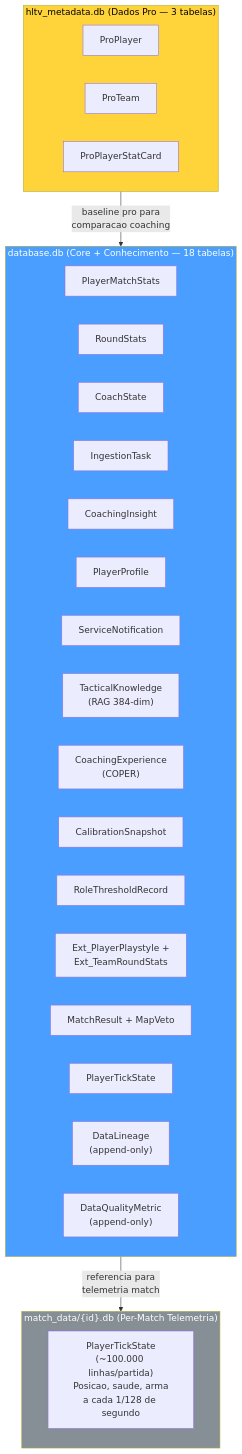
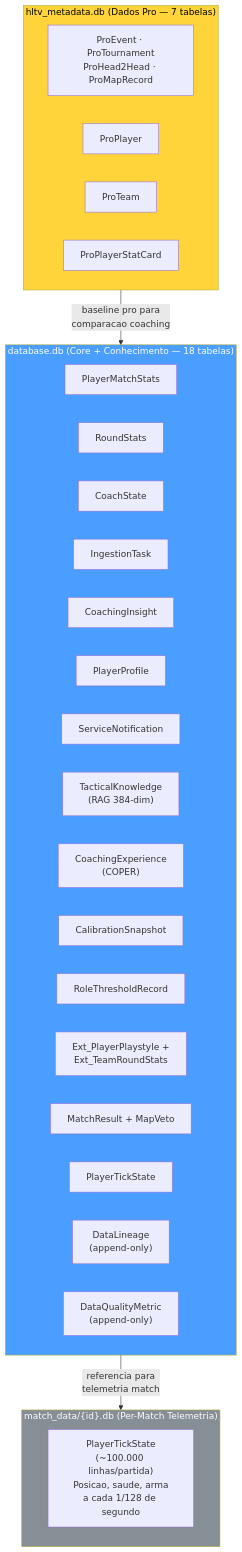
One commit to renanaugustomacena-ux/Counter-Strike-coach-AI changed the first of 52 diagrams in docs/books/Book-Coach-3-pt.md. Above: the diagram before and after it, drawn with Mermaid. The commit also changed other lines of this file and 36 other files, not shown here.

````diff
--- a/docs/books/Book-Coach-3-pt.md
+++ b/docs/books/Book-Coach-3-pt.md
@@ -67,34 +70,35 @@
 ```mermaid
 flowchart TB
     subgraph DB1["database.db (Core + Conhecimento — 18 tabelas)"]
         PMS_DB["PlayerMatchStats"]
         RS_DB["RoundStats"]
         CS_DB["CoachState"]
         IT_DB["IngestionTask"]
         CI_DB["CoachingInsight"]
         PP_DB["PlayerProfile"]
         SN_DB["ServiceNotification"]
         TK_DB["TacticalKnowledge<br/>(RAG 384-dim)"]
         CE_DB["CoachingExperience<br/>(COPER)"]
         CALIB["CalibrationSnapshot"]
         ROLE_TH["RoleThresholdRecord"]
         EXT_DB["Ext_PlayerPlaystyle +<br/>Ext_TeamRoundStats"]
         MATCH_DB["MatchResult + MapVeto"]
         PTS_DB["PlayerTickState"]
         DL_DB["DataLineage<br/>(append-only)"]
         DQM_DB["DataQualityMetric<br/>(append-only)"]
     end
-    subgraph DB2["hltv_metadata.db (Dados Pro — 3 tabelas)"]
+    subgraph DB2["hltv_metadata.db (Dados Pro — 7 tabelas)"]
+        EXT_HLTV["ProEvent · ProTournament<br/>ProHead2Head · ProMapRecord"]
         PRO_DB["ProPlayer"]
         TEAM_DB["ProTeam"]
         STAT_DB["ProPlayerStatCard"]
     end
     subgraph DB3["match_data/{id}.db (Per-Match Telemetria)"]
         PTS_MATCH["PlayerTickState<br/>(~100.000 linhas/partida)<br/>Posicao, saude, arma<br/>a cada 1/128 de segundo"]
     end
     DB2 -->|"baseline pro para<br/>comparacao coaching"| DB1
     DB1 -->|"referencia para<br/>telemetria match"| DB3
     style DB1 fill:#4a9eff,color:#fff
     style DB2 fill:#ffd43b,color:#000
     style DB3 fill:#868e96,color:#fff
 ```
````
